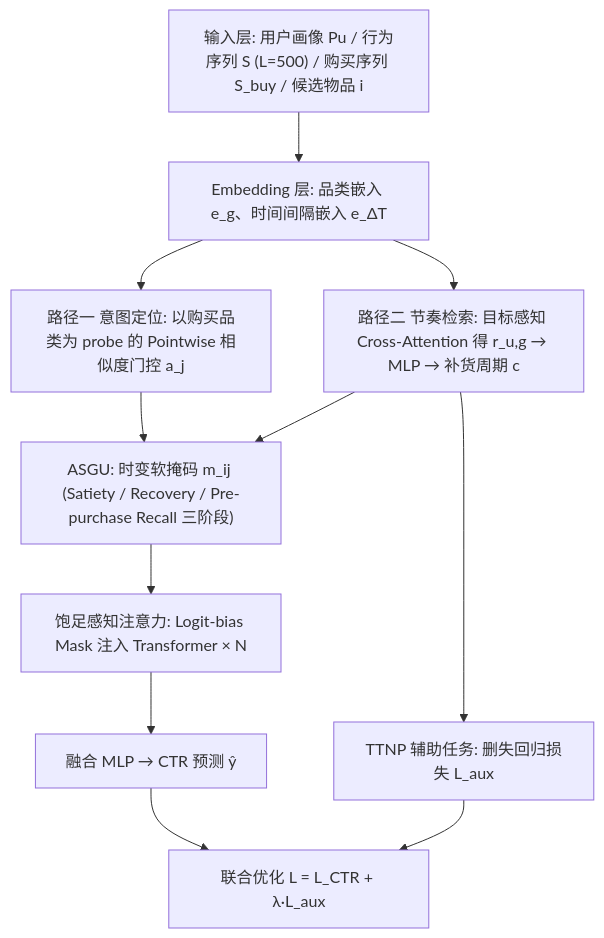
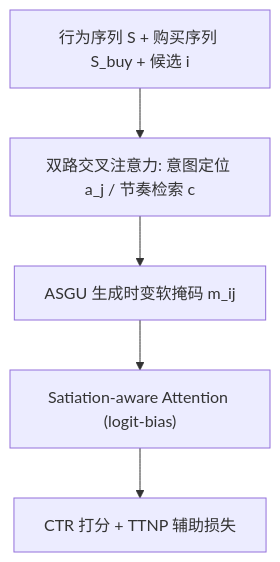
The diagram in docs/venues/SIGIR/2026/sequential_rec/learning_to_forget_satiation_aware_long_sequence_transducers_for_mitigating.md (jbdcia321vw/Paper-Notes), drawn with Mermaid before and after one commit. The commit also changed other lines of this file and 1119 other files, not shown here.

````diff
--- a/docs/venues/SIGIR/2026/sequential_rec/learning_to_forget_satiation_aware_long_sequence_transducers_for_mitigating.md
+++ b/docs/venues/SIGIR/2026/sequential_rec/learning_to_forget_satiation_aware_long_sequence_transducers_for_mitigating.md
@@ -61,13 +47,7 @@
 ```mermaid
 flowchart TD
-    A["输入层: 用户画像 Pu / 行为序列 S (L=500) / 购买序列 S_buy / 候选物品 i"] --> B["Embedding 层: 品类嵌入 e_g、时间间隔嵌入 e_ΔT"]
-    B --> C1["路径一 意图定位: 以购买品类为 probe 的 Pointwise 相似度门控 a_j"]
-    B --> C2["路径二 节奏检索: 目标感知 Cross-Attention 得 r_u,g → MLP → 补货周期 c"]
-    C1 --> D["ASGU: 时变软掩码 m_ij (Satiety / Recovery / Pre-purchase Recall 三阶段)"]
-    C2 --> D
-    D --> E["饱足感知注意力: Logit-bias Mask 注入 Transformer × N"]
-    E --> F["融合 MLP → CTR 预测 ŷ"]
-    C2 --> G["TTNP 辅助任务: 删失回归损失 L_aux"]
-    F --> H["联合优化 L = L_CTR + λ·L_aux"]
-    G --> H
+    A["行为序列 S + 购买序列 S_buy + 候选 i"] --> B["双路交叉注意力: 意图定位 a_j / 节奏检索 c"]
+    B --> C["ASGU 生成时变软掩码 m_ij"]
+    C --> D["Satiation-aware Attention (logit-bias)"]
+    D --> E["CTR 打分 + TTNP 辅助损失"]
 ```
````
